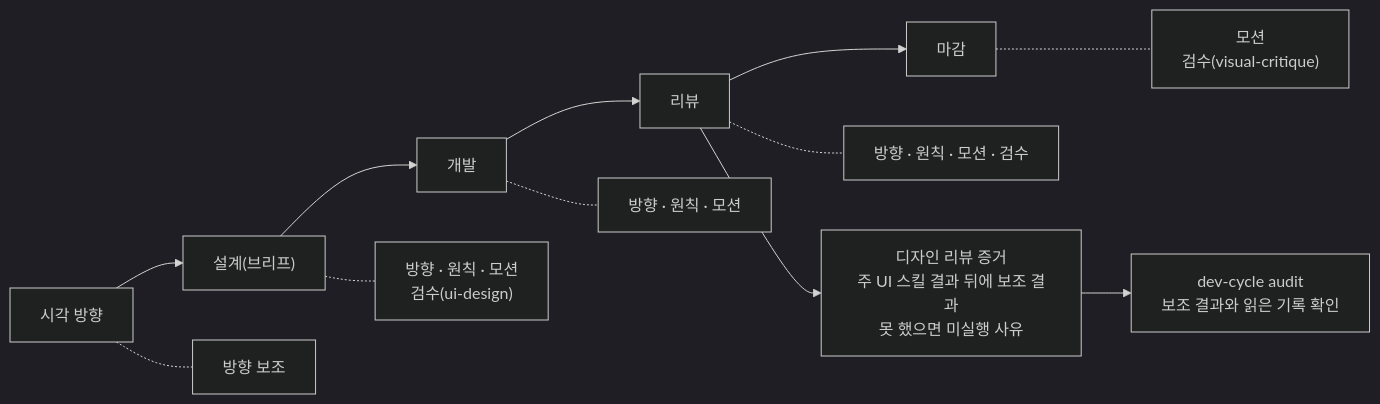
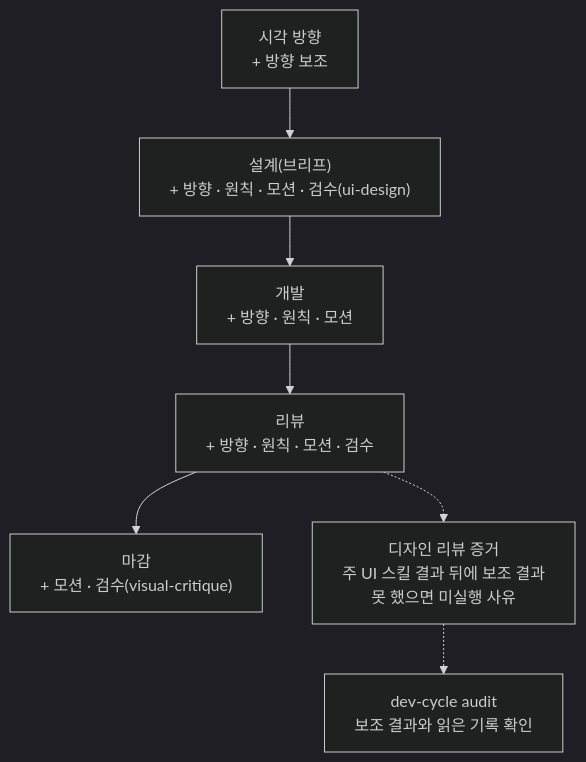
Before and after one commit to roadkwon-ai/pro-kit: the sixth of 6 diagrams in handbook/design/ui-flow.md, drawn with Mermaid (dark theme). The commit also changed other lines of this file and 2 other files, not shown here.

````diff
--- a/handbook/design/ui-flow.md
+++ b/handbook/design/ui-flow.md
@@ -221,11 +247,14 @@
 ```mermaid
-flowchart LR
-  V1["시각 방향"] --> V2["설계(브리프)"] --> V3["개발"] --> V4["리뷰"] --> V5["마감"]
-  V1 -.- A1["방향 보조"]
-  V2 -.- A2["방향 · 원칙 · 모션<br/>검수(ui-design)"]
-  V3 -.- A3["방향 · 원칙 · 모션"]
-  V4 -.- A4["방향 · 원칙 · 모션 · 검수"]
-  V5 -.- A5["모션<br/>검수(visual-critique)"]
-  V4 --> E["디자인 리뷰 증거<br/>주 UI 스킬 결과 뒤에 보조 결과<br/>못 했으면 미실행 사유"]
-  E --> AU["dev-cycle audit<br/>보조 결과와 읽은 기록 확인"]
+---
+config:
+  flowchart:
+    wrappingWidth: 300
+---
+flowchart TB
+  V1["시각 방향<br/>+ 방향 보조"] --> V2["설계(브리프)<br/>+ 방향 · 원칙 · 모션 · 검수(ui-design)"]
+  V2 --> V3["개발<br/>+ 방향 · 원칙 · 모션"]
+  V3 --> V4["리뷰<br/>+ 방향 · 원칙 · 모션 · 검수"]
+  V4 --> V5["마감<br/>+ 모션 · 검수(visual-critique)"]
+  V4 -.-> E["디자인 리뷰 증거<br/>주 UI 스킬 결과 뒤에 보조 결과<br/>못 했으면 미실행 사유"]
+  E -.-> AU["dev-cycle audit<br/>보조 결과와 읽은 기록 확인"]
 ```
````
